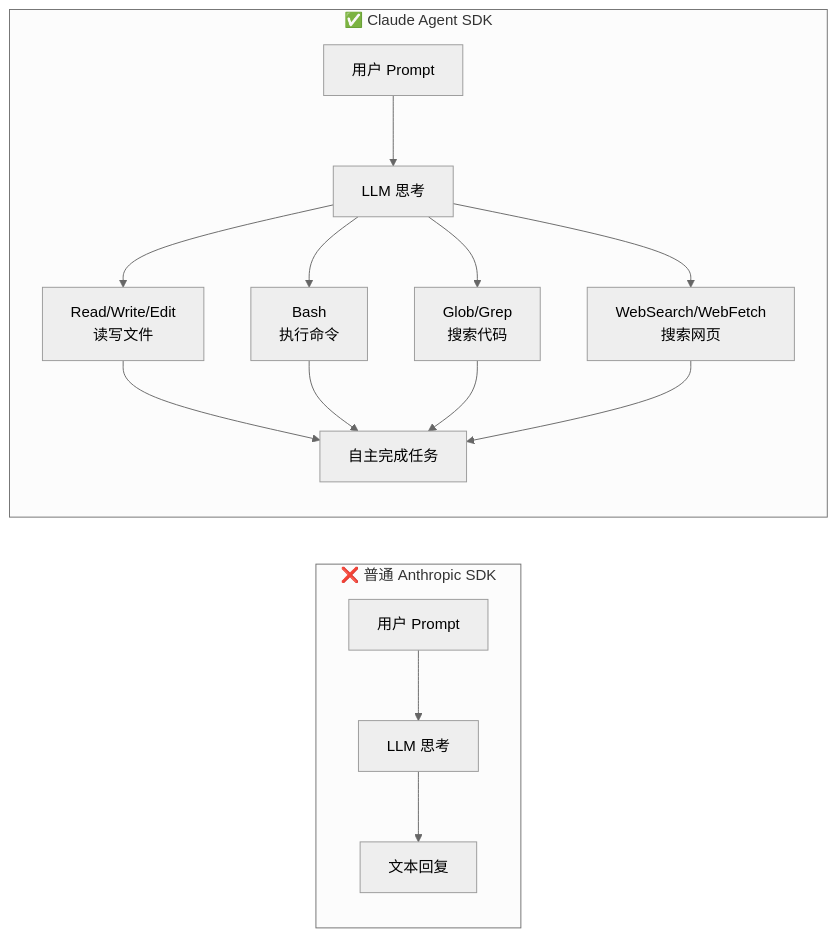
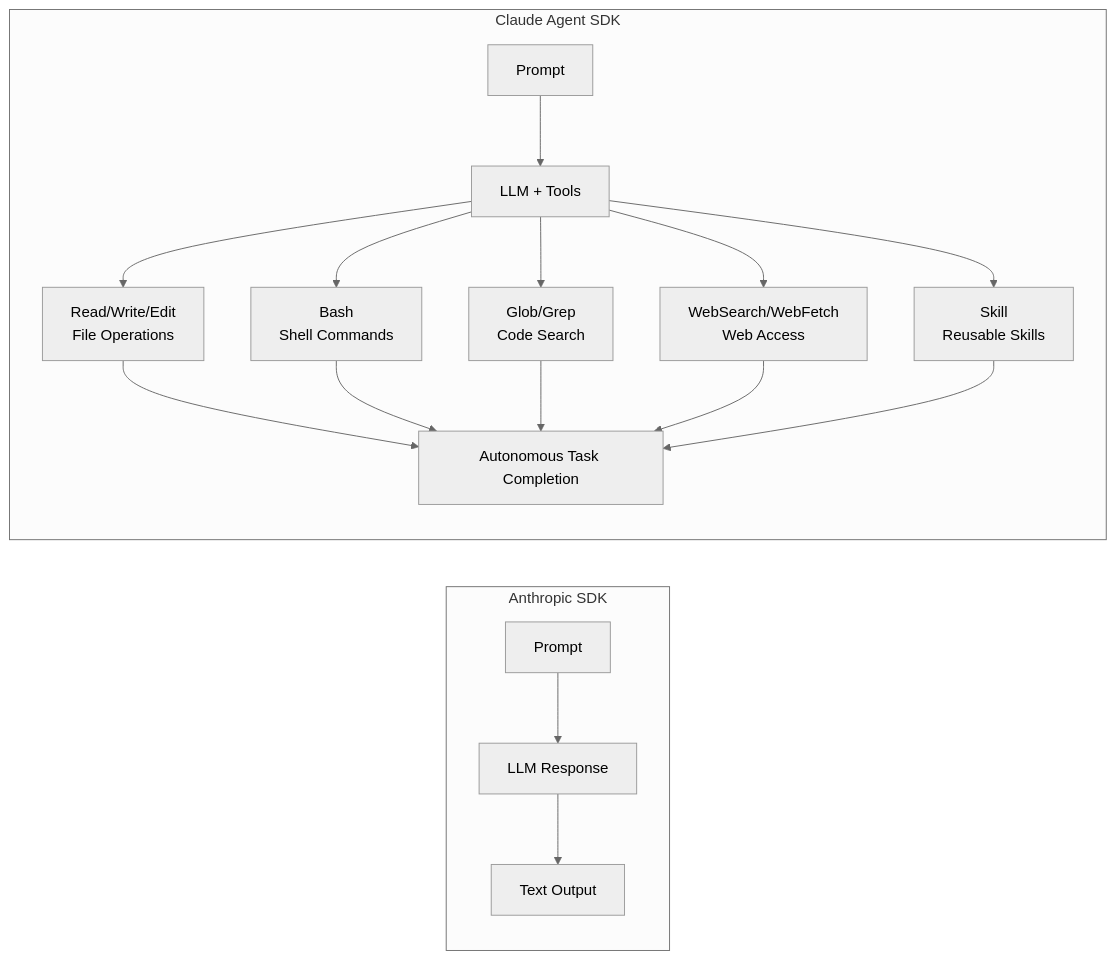
One commit to lchaoer/Polygents changed the sixth of 8 diagrams in docs/architecture.md. Above: the diagram before and after it, drawn with Mermaid (neutral theme). The commit also changed other lines of this file and 2 other files, not shown here.

First line of the commit message:
docs: update api-reference, architecture, and design docs to match current codebase

````diff
--- a/docs/architecture.md
+++ b/docs/architecture.md
@@ -162,16 +353,17 @@
 ```mermaid
 graph LR
-    subgraph "❌ 普通 Anthropic SDK"
-        A1[用户 Prompt] --> A2[LLM 思考]
-        A2 --> A3[文本回复]
+    subgraph "Anthropic SDK"
+        A1[Prompt] --> A2[LLM Response]
+        A2 --> A3[Text Output]
     end
 
-    subgraph "✅ Claude Agent SDK"
-        B1[用户 Prompt] --> B2[LLM 思考]
-        B2 --> B3[Read/Write/Edit<br/>读写文件]
-        B2 --> B4[Bash<br/>执行命令]
-        B2 --> B5[Glob/Grep<br/>搜索代码]
-        B2 --> B6[WebSearch/WebFetch<br/>搜索网页]
-        B3 & B4 & B5 & B6 --> B7[自主完成任务]
+    subgraph "Claude Agent SDK"
+        B1[Prompt] --> B2[LLM + Tools]
+        B2 --> B3[Read/Write/Edit<br/>File Operations]
+        B2 --> B4[Bash<br/>Shell Commands]
+        B2 --> B5[Glob/Grep<br/>Code Search]
+        B2 --> B6[WebSearch/WebFetch<br/>Web Access]
+        B2 --> B7[Skill<br/>Reusable Skills]
+        B3 & B4 & B5 & B6 & B7 --> B8[Autonomous Task Completion]
     end
 ```
````
